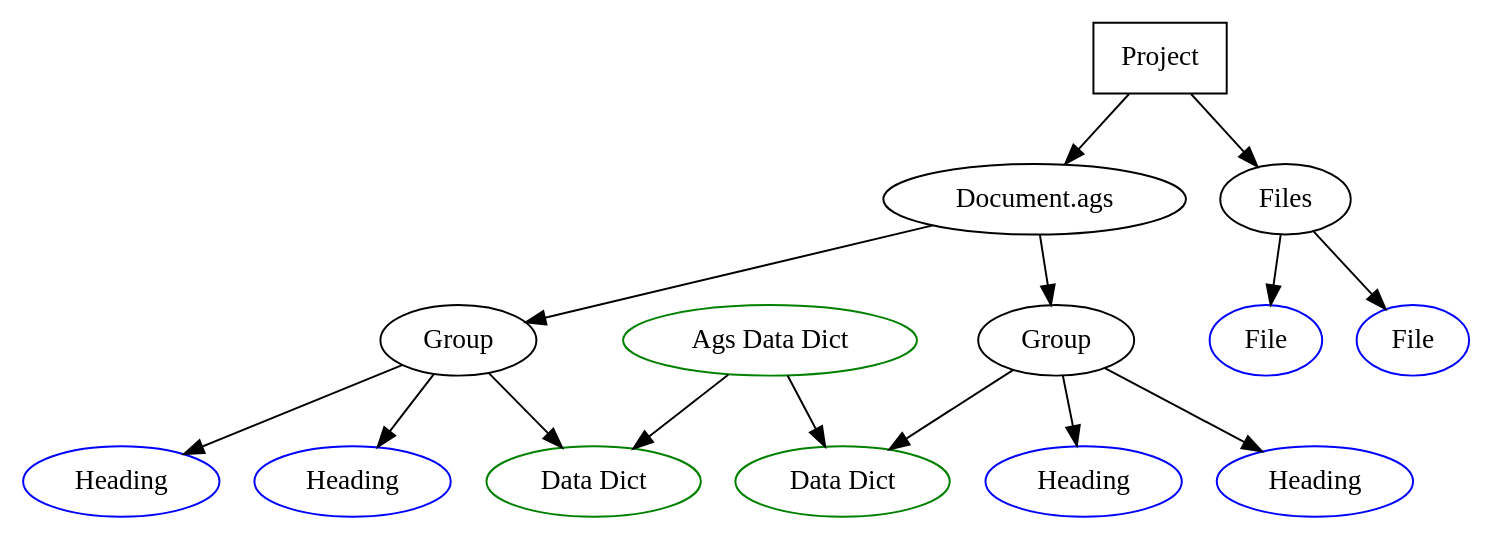
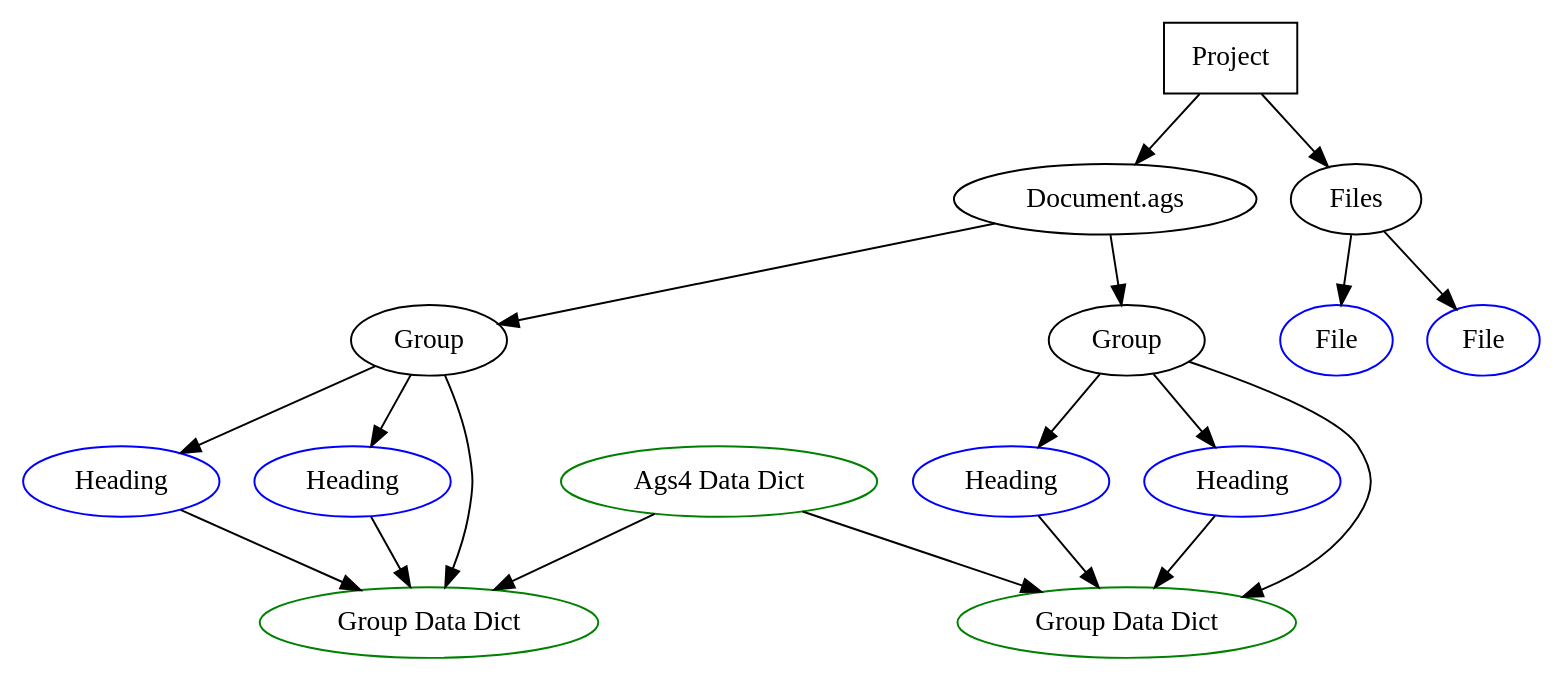
The diagram in docs/ogt/index.rst (open-geotechnical/ogt-ags-py), drawn with Graphviz before and after one commit. The commit also changed other lines of this file and 4 other files, not shown here.

```diff
--- a/docs/ogt/index.rst
+++ b/docs/ogt/index.rst
@@ -8,47 +8,53 @@
 .. graphviz::
 
    digraph {
       Project [shape=box]
       Document [label="Document.ags"]
       Group1 [label="Group"]
       Group2 [label="Group"]
 
       Head11 [label="Heading", color=blue]
       Head12 [label="Heading", color=blue]
 
       Head21 [label="Heading", color=blue]
       Head22 [label="Heading", color=blue]
 
-      dd1 [label="Data Dict", color=green]
-      dd2 [label="Data Dict", color=green]
+      dd1 [label="Group Data Dict", color=green]
+      dd2 [label="Group Data Dict", color=green]
 
       Files [label="Files"]
       f1 [label="File", color=blue]
       f2 [label="File", color=blue]
 
-      Agsdd [label="Ags Data Dict", color=green]
+      Agsdd [label="Ags4 Data Dict", color=green]
 
       Project -> Files
 
       Files -> f1
       Files -> f2
 
       Project -> Document
 
 
 
       Document -> Group1
       Document -> Group2
 
 
       Group1 -> Head11
       Group1 -> Head12
       Group2 -> Head21
       Group2 -> Head22
 
       Group1 -> dd1
       Group2 -> dd2
 
       Agsdd -> dd1
       Agsdd -> dd2
+
+      Head11 -> dd1
+      Head12 -> dd1
+
+      Head21 -> dd2
+      Head22 -> dd2
    }
```
